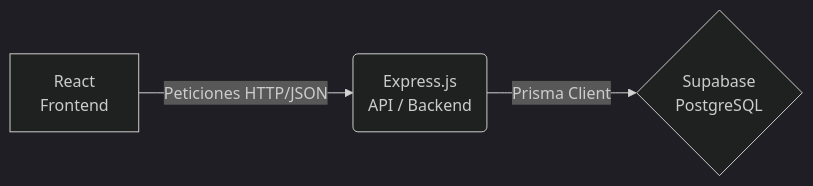
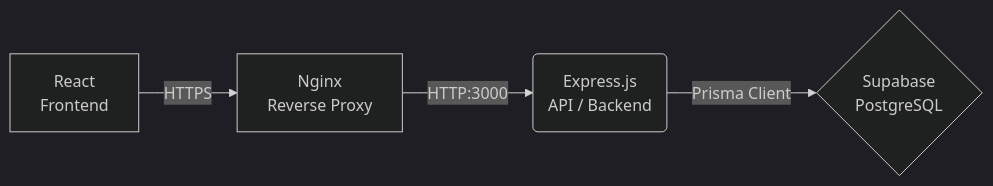
One commit to EmersonTejada/ride-balance-api changed the diagram in README.md. Above: the diagram before and after it, drawn with Mermaid (dark theme). The commit also changed other lines of this file and 20 other files, not shown here.

````diff
--- a/README.md
+++ b/README.md
@@ -36,5 +34,6 @@
 ```mermaid
 graph LR
-    A[React \n Frontend] -->|Peticiones HTTP/JSON| B(Express.js \n API / Backend)
+    A[React \n Frontend] -->|HTTPS| N[Nginx \n Reverse Proxy]
+    N -->|HTTP:3000| B(Express.js \n API / Backend)
     B -->|Prisma Client| C{Supabase \n PostgreSQL}
 ```
````
